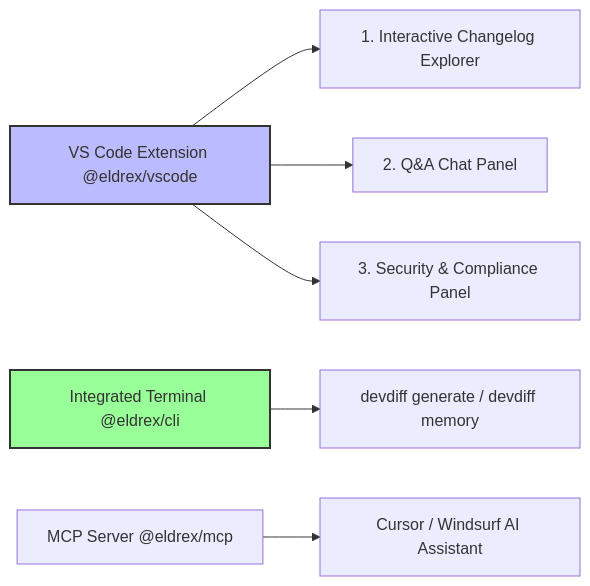
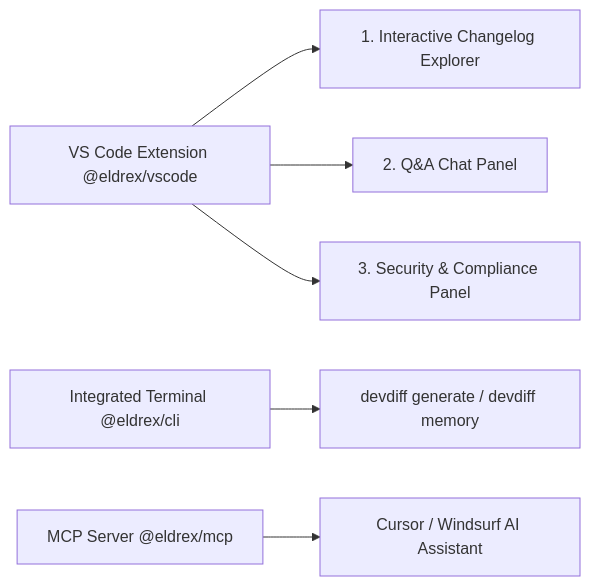
Before and after one commit to EldrexDelosReyesBula/DevDiff: the diagram in docs/features/playground.md, drawn with Mermaid. The commit also changed other lines of this file and 187 other files, not shown here.

First line of the commit message:
release: v1.8.0 — multi-registry distribution, plugin architecture & documentation overhaul

````diff
--- a/docs/features/playground.md
+++ b/docs/features/playground.md
@@ -9,13 +9,10 @@
 ```mermaid
 flowchart LR
     VSCode[VS Code Extension @eldrex/vscode] --> Panel1[1. Interactive Changelog Explorer]
     VSCode --> Panel2[2. Q&A Chat Panel]
     VSCode --> Panel3[3. Security & Compliance Panel]
 
     Terminal[Integrated Terminal @eldrex/cli] --> CLICommands[devdiff generate / devdiff memory]
 
     MCP[MCP Server @eldrex/mcp] --> Cursor[Cursor / Windsurf AI Assistant]
-
-    style VSCode fill:#bbf,stroke:#333,stroke-width:2px
-    style Terminal fill:#9f9,stroke:#333,stroke-width:2px
 ```
````
